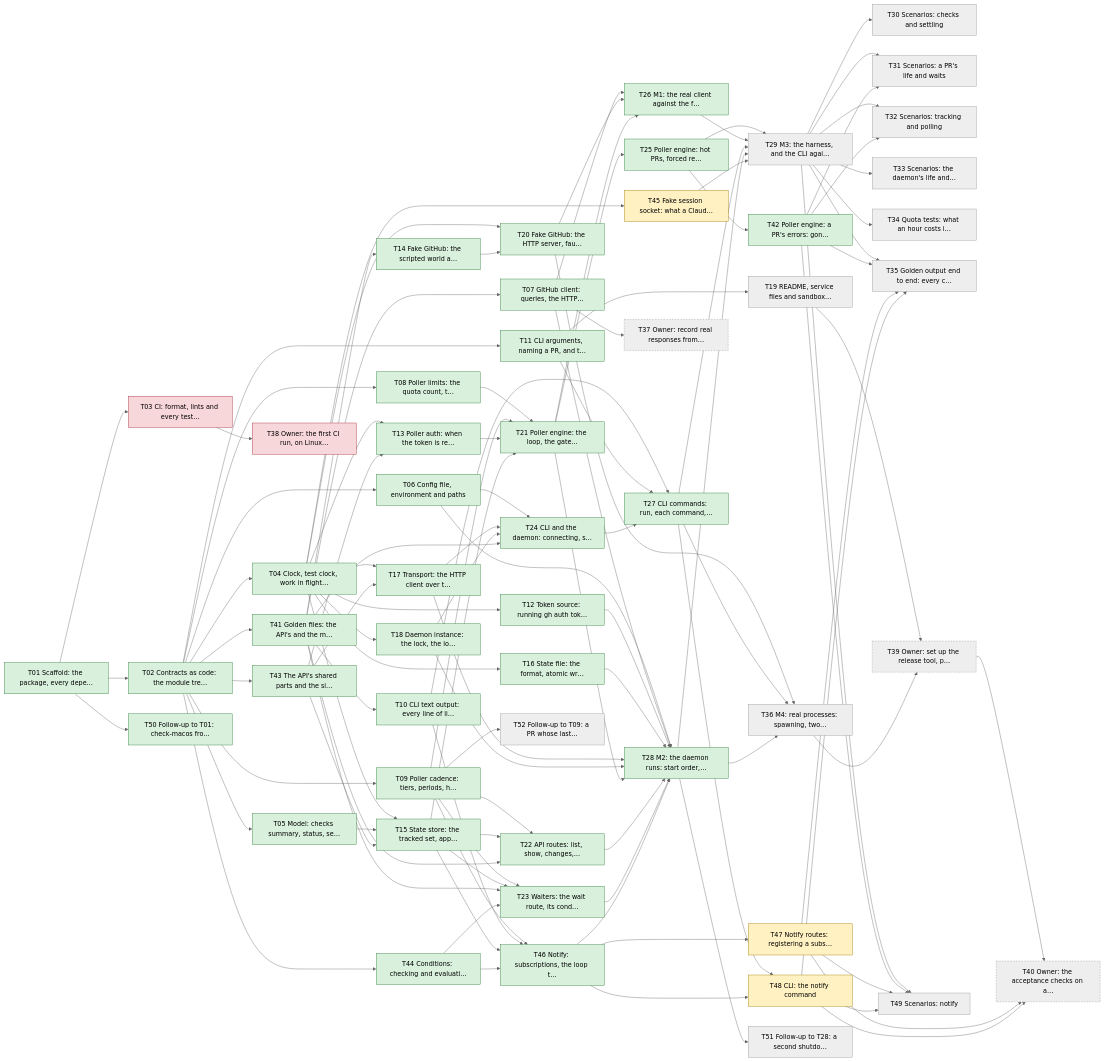
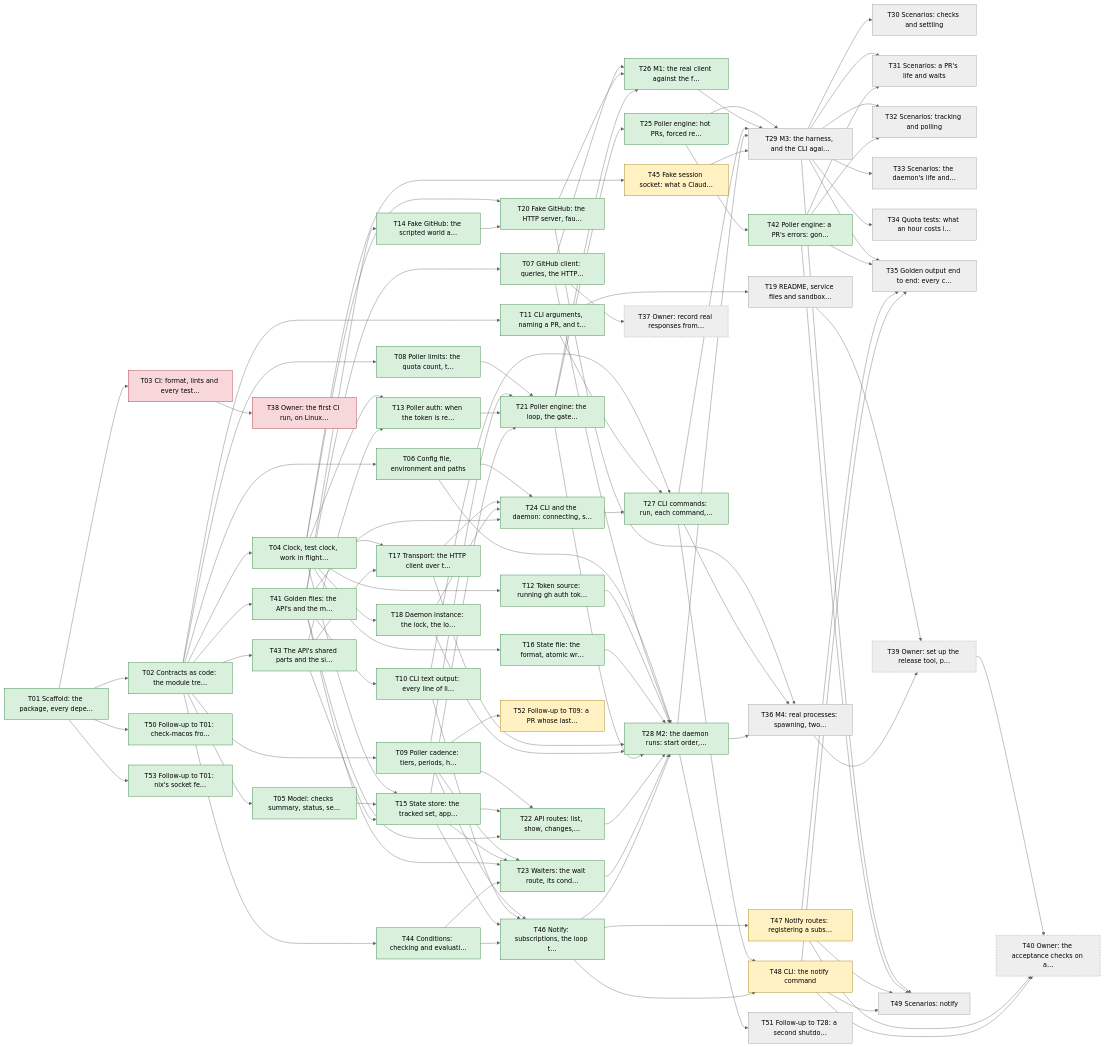
The diagram in plan/README.md (yachiko/circitor), drawn with Mermaid (neutral theme) before and after one commit. The commit also changed other lines of this file and 6 other files, not shown here.

First line of the commit message:
Turn on nix's socket feature for the fake session socket (T53, D13)

```diff
--- a/plan/README.md
+++ b/plan/README.md
@@ -190,7 +191,8 @@
   T49["T49 Scenarios: notify"]
   T50["T50 Follow-up to T01: check-macos fro…"]:::done
   T51["T51 Follow-up to T28: a second shutdo…"]
-  T52["T52 Follow-up to T09: a PR whose last…"]
+  T52["T52 Follow-up to T09: a PR whose last…"]:::active
+  T53["T53 Follow-up to T01: nix's socket fe…"]:::done
   T01 --> T02
   T01 --> T03
   T02 --> T04
@@ -292,6 +294,7 @@
   T01 --> T50
   T28 --> T51
   T09 --> T52
+  T01 --> T53
   classDef done fill:#d8f0dc,stroke:#2f7d3b
   classDef active fill:#fff1c2,stroke:#a07800
   classDef blocked fill:#f8d7da,stroke:#a12a35
```
